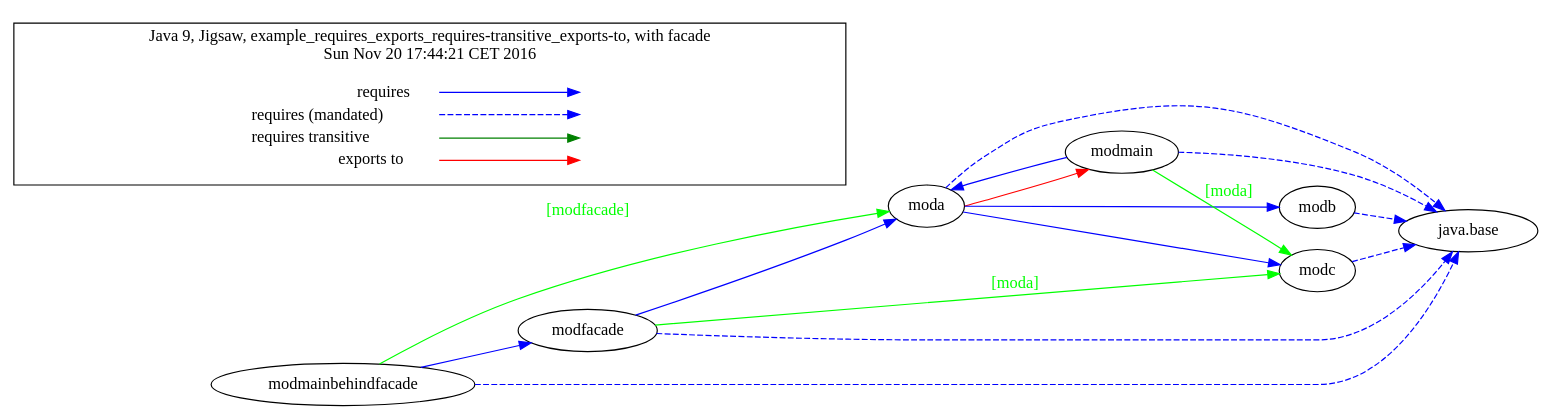
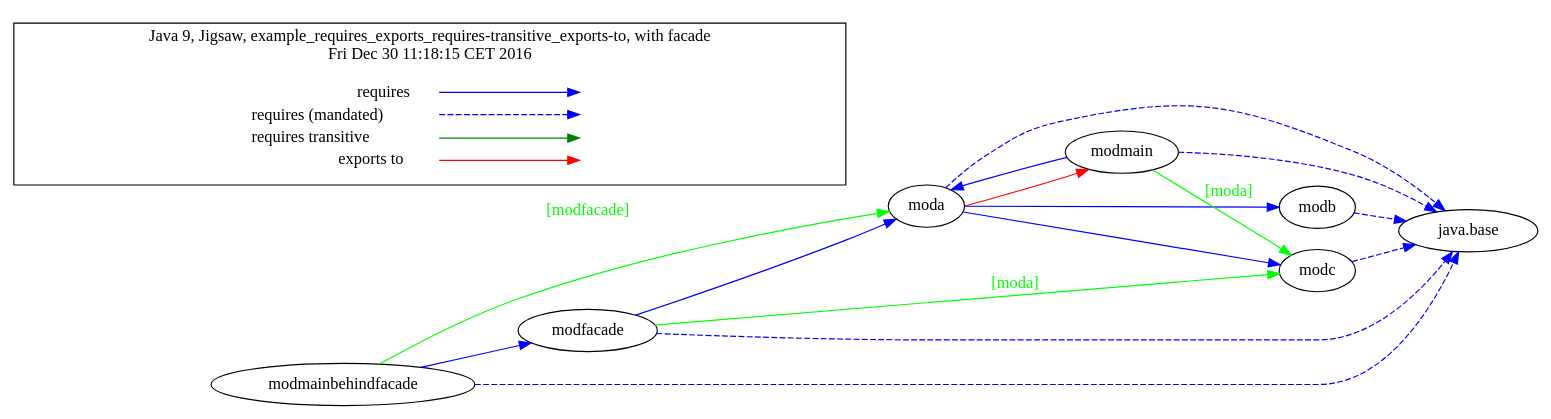
Before and after one commit to accso/java9-jigsaw-examples: the diagram in jigsaw-examples/example_requires_exports_requires-transitive_exports-to/moduledependencies-with-facade-withlegend.dot, drawn with Graphviz. The commit also changed 81 other files, not shown here.

```diff
--- a/jigsaw-examples/example_requires_exports_requires-transitive_exports-to/moduledependencies-with-facade-withlegend.dot
+++ b/jigsaw-examples/example_requires_exports_requires-transitive_exports-to/moduledependencies-with-facade-withlegend.dot
@@ -1,48 +1,48 @@
-# Created by depvis.JigsawDepVisualizer on Sun Nov 20 17:44:21 CET 2016
+# Created by depvis.JigsawDepVisualizer on Fri Dec 30 11:18:15 CET 2016
 digraph Java9_Dependency_Visualizer {
+moda[fontname="Consolas",shape="ellipse",label="moda"];
+modb[fontname="Consolas",shape="ellipse",label="modb"];
+modc[fontname="Consolas",shape="ellipse",label="modc"];
+java_base[fontname="Consolas",shape="ellipse",label="java.base"];
+modmain[fontname="Consolas",shape="ellipse",label="modmain"];
+modmainbehindfacade[fontname="Consolas",shape="ellipse",label="modmainbehindfacade"];
 modfacade[fontname="Consolas",shape="ellipse",label="modfacade"];
-moda[fontname="Consolas",shape="ellipse",label="moda"];
-java_base[fontname="Consolas",shape="ellipse",label="java.base"];
-modc[fontname="Consolas",shape="ellipse",label="modc"];
-modmainbehindfacade[fontname="Consolas",shape="ellipse",label="modmainbehindfacade"];
-modmain[fontname="Consolas",shape="ellipse",label="modmain"];
-modb[fontname="Consolas",shape="ellipse",label="modb"];
+moda -> modb[color="#0000ff",fontname="Consolas",fontcolor="#0000ff",weight="8"]
+moda -> modc[color="#0000ff",fontname="Consolas",fontcolor="#0000ff",weight="8"]
+moda -> java_base[color="#0000ff",fontname="Consolas",fontcolor="#0000ff",style="dashed",weight="16"]
+moda -> modmain[fontname="Consolas",fontcolor="#ff0000",color="#ff0000",weight="2"]
+modmain -> moda[color="#0000ff",fontname="Consolas",fontcolor="#0000ff",weight="8"]
+modmain -> java_base[color="#0000ff",fontname="Consolas",fontcolor="#0000ff",style="dashed",weight="16"]
+modmain -> modc[color="#00ff00",fontname="Consolas",fontcolor="#00ff00",weight="4",label="[moda]"]
+modb -> java_base[color="#0000ff",fontname="Consolas",fontcolor="#0000ff",style="dashed",weight="16"]
+modmainbehindfacade -> modfacade[color="#0000ff",fontname="Consolas",fontcolor="#0000ff",weight="8"]
+modmainbehindfacade -> java_base[color="#0000ff",fontname="Consolas",fontcolor="#0000ff",style="dashed",weight="16"]
+modmainbehindfacade -> moda[color="#00ff00",fontname="Consolas",fontcolor="#00ff00",weight="4",label="[modfacade]"]
+modc -> java_base[color="#0000ff",fontname="Consolas",fontcolor="#0000ff",style="dashed",weight="16"]
 modfacade -> moda[color="#0000ff",fontname="Consolas",fontcolor="#0000ff",weight="8"]
 modfacade -> java_base[color="#0000ff",fontname="Consolas",fontcolor="#0000ff",style="dashed",weight="16"]
 modfacade -> modc[color="#00ff00",fontname="Consolas",fontcolor="#00ff00",weight="4",label="[moda]"]
-modmainbehindfacade -> modfacade[color="#0000ff",fontname="Consolas",fontcolor="#0000ff",weight="8"]
-modmainbehindfacade -> java_base[color="#0000ff",fontname="Consolas",fontcolor="#0000ff",style="dashed",weight="16"]
-modmainbehindfacade -> moda[color="#00ff00",fontname="Consolas",fontcolor="#00ff00",weight="4",label="[modfacade]"]
-modmain -> moda[color="#0000ff",fontname="Consolas",fontcolor="#0000ff",weight="8"]
-modmain -> java_base[color="#0000ff",fontname="Consolas",fontcolor="#0000ff",style="dashed",weight="16"]
-modmain -> modc[color="#00ff00",fontname="Consolas",fontcolor="#00ff00",weight="4",label="[moda]"]
-modc -> java_base[color="#0000ff",fontname="Consolas",fontcolor="#0000ff",style="dashed",weight="16"]
-moda -> modc[color="#0000ff",fontname="Consolas",fontcolor="#0000ff",weight="8"]
-moda -> modb[color="#0000ff",fontname="Consolas",fontcolor="#0000ff",weight="8"]
-moda -> java_base[color="#0000ff",fontname="Consolas",fontcolor="#0000ff",style="dashed",weight="16"]
-moda -> modmain[fontname="Consolas",fontcolor="#ff0000",color="#ff0000",weight="2"]
-modb -> java_base[color="#0000ff",fontname="Consolas",fontcolor="#0000ff",style="dashed",weight="16"]
 rankdir=LR
 node [shape=plaintext]
 subgraph cluster_01 { 
   label = "Java 9, Jigsaw, example_requires_exports_requires-transitive_exports-to, with facade
-Sun Nov 20 17:44:21 CET 2016"
+Fri Dec 30 11:18:15 CET 2016"
   fontname="Consolas"
   key [label=<<table border="0" cellpadding="2" cellspacing="0" cellborder="0">
     <tr><td align="right" port="i1">requires</td></tr>
     <tr><td align="right" port="i2">requires (mandated)</td></tr>
     <tr><td align="right" port="i3">requires transitive</td></tr>
     <tr><td align="right" port="i4">exports to</td></tr>
     </table>>,fontname="Consolas"]
   key2 [label=<<table border="0" cellpadding="2" cellspacing="0" cellborder="0">
     <tr><td port="i1">&nbsp;</td></tr>
     <tr><td port="i2">&nbsp;</td></tr>
     <tr><td port="i3">&nbsp;</td></tr>
     <tr><td port="i4">&nbsp;</td></tr>
     </table>>,fontname="Consolas"]
   key:i1:e -> key2:i1:w [color=BLUE]
   key:i2:e -> key2:i2:w [color=BLUE, style=dashed]
   key:i3:e -> key2:i3:w [color=GREEN]
   key:i4:e -> key2:i4:w [color=RED]
 }
 }
```
